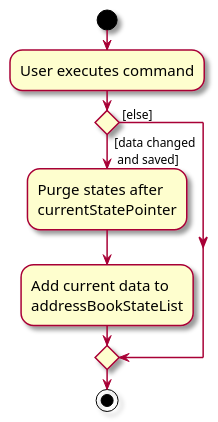
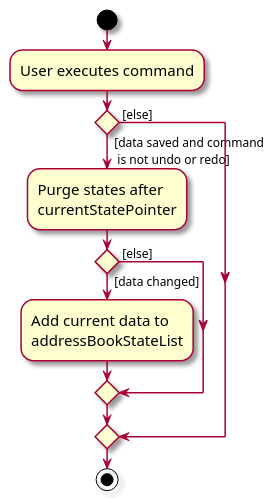
The diagram in docs/diagrams/CommitActivityDiagram.puml (AY2627S1-CS2103T-T10-3/tp), drawn with PlantUML before and after one commit. The commit also changed 23 other files, not shown here.

First line of the commit message:
Undo and redo several changes with an optional count

```diff
--- a/docs/diagrams/CommitActivityDiagram.puml
+++ b/docs/diagrams/CommitActivityDiagram.puml
@@ -1,19 +1,22 @@
 @startuml
 skin rose
 skinparam ActivityFontSize 15
 skinparam ArrowFontSize 12
 start
 :User executes command;
 
 'Since the beta syntax does not support placing the condition outside the
 'diamond we place it as the true branch instead.
 
-if () then ( [data changed\n  and saved])
+if () then ( [data saved and command\n  is not undo or redo])
     :Purge states after
     currentStatePointer;
-    :Add current data to
-    addressBookStateList;
+    if () then ( [data changed])
+        :Add current data to
+        addressBookStateList;
+    else ( [else])
+    endif
 else ( [else])
 endif
 stop
 @enduml
```
